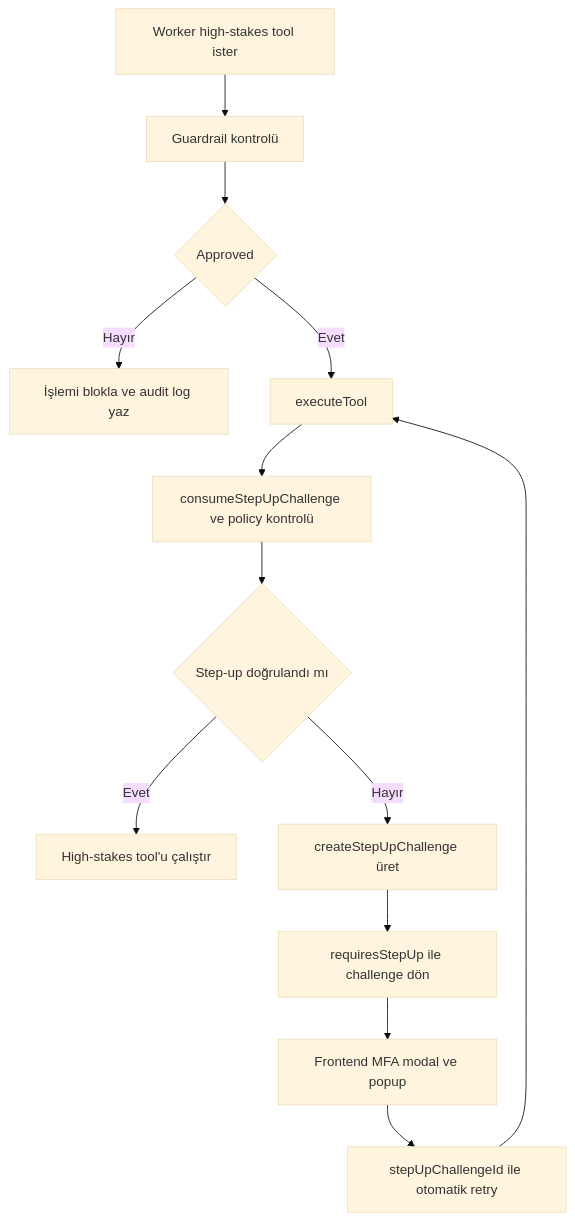
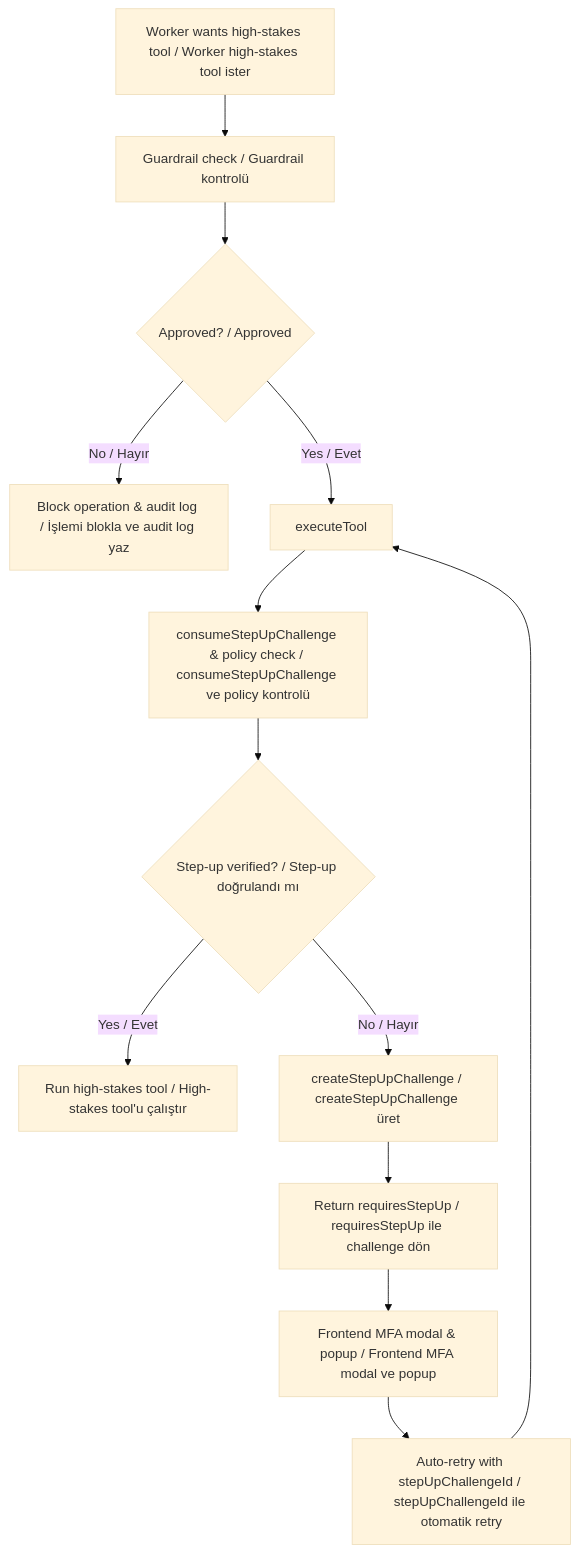
One commit to knowhycodata/knowhy_auth0 changed the third of 5 diagrams in README.md. Above: the diagram before and after it, drawn with Mermaid (base theme). The commit also changed other lines of this file, not shown here.

````diff
--- a/README.md
+++ b/README.md
@@ -223,15 +235,15 @@
 ```mermaid
 flowchart TD
-    A["Worker high-stakes tool ister"] --> B["Guardrail kontrolü"]
-    B --> C{"Approved"}
-    C -- "Hayır" --> D["İşlemi blokla ve audit log yaz"]
-    C -- "Evet" --> E["executeTool"]
-    E --> F["consumeStepUpChallenge ve policy kontrolü"]
-    F --> G{"Step-up doğrulandı mı"}
-    G -- "Evet" --> H["High-stakes tool'u çalıştır"]
-    G -- "Hayır" --> I["createStepUpChallenge üret"]
-    I --> J["requiresStepUp ile challenge dön"]
-    J --> K["Frontend MFA modal ve popup"]
-    K --> L["stepUpChallengeId ile otomatik retry"]
+    A["Worker wants high-stakes tool / Worker high-stakes tool ister"] --> B["Guardrail check / Guardrail kontrolü"]
+    B --> C{"Approved? / Approved"}
+    C -- "No / Hayır" --> D["Block operation & audit log / İşlemi blokla ve audit log yaz"]
+    C -- "Yes / Evet" --> E["executeTool"]
+    E --> F["consumeStepUpChallenge & policy check / consumeStepUpChallenge ve policy kontrolü"]
+    F --> G{"Step-up verified? / Step-up doğrulandı mı"}
+    G -- "Yes / Evet" --> H["Run high-stakes tool / High-stakes tool'u çalıştır"]
+    G -- "No / Hayır" --> I["createStepUpChallenge / createStepUpChallenge üret"]
+    I --> J["Return requiresStepUp / requiresStepUp ile challenge dön"]
+    J --> K["Frontend MFA modal & popup / Frontend MFA modal ve popup"]
+    K --> L["Auto-retry with stepUpChallengeId / stepUpChallengeId ile otomatik retry"]
     L --> E
 ```
````
